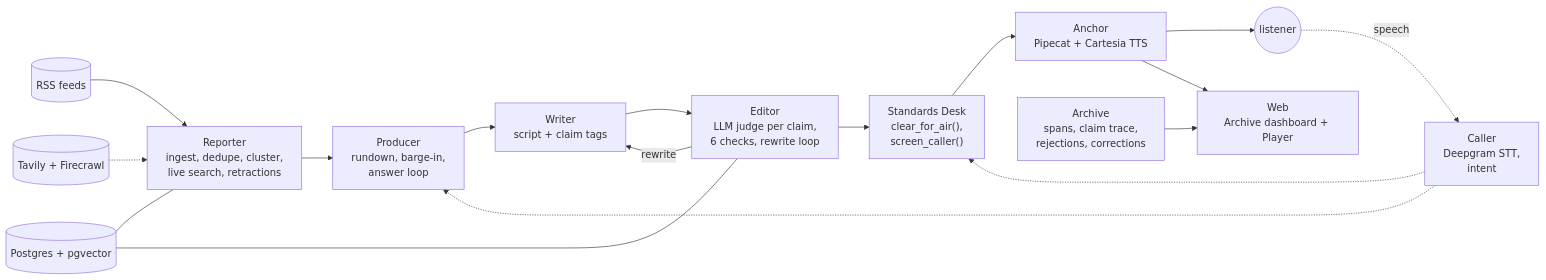
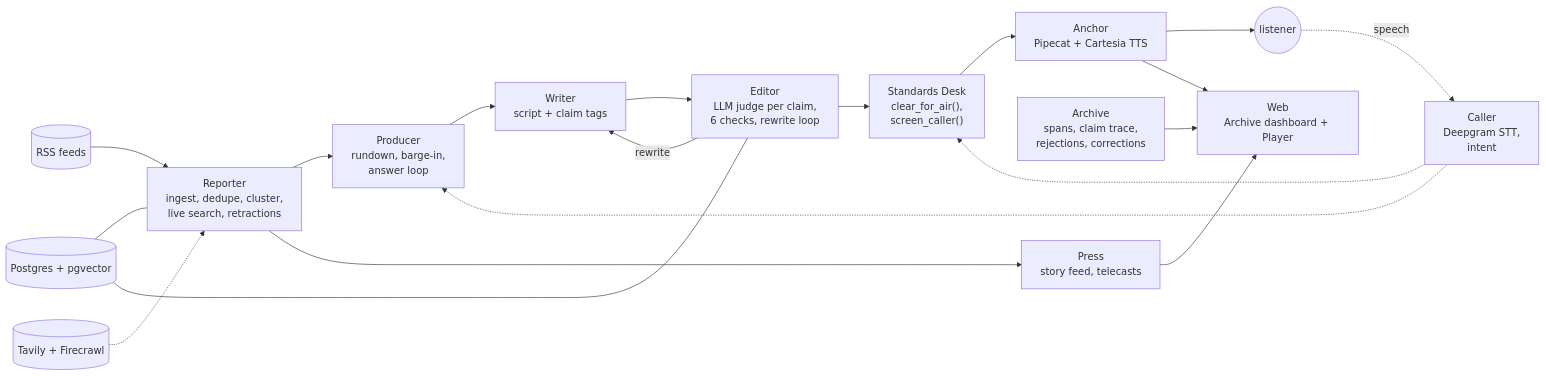
Before and after one commit to Yadnu/newsroom: the diagram in README.md, drawn with Mermaid. The commit also changed other lines of this file and 18 other files, not shown here.

````diff
--- a/README.md
+++ b/README.md
@@ -23,19 +24,21 @@
 ```mermaid
 flowchart LR
   feeds[(RSS feeds)] --> reporter
   search[(Tavily + Firecrawl)] -.-> reporter
   reporter["Reporter<br/>ingest, dedupe, cluster,<br/>live search, retractions"] --> producer
   producer["Producer<br/>rundown, barge-in,<br/>answer loop"] --> writer
   writer["Writer<br/>script + claim tags"] --> editor
   editor["Editor<br/>LLM judge per claim,<br/>6 checks, rewrite loop"] -- rewrite --> writer
   editor --> desk["Standards Desk<br/>clear_for_air(),<br/>screen_caller()"]
   desk --> anchor["Anchor<br/>Pipecat + Cartesia TTS"]
   anchor --> listener((listener))
   listener -. speech .-> caller["Caller<br/>Deepgram STT,<br/>intent"]
   caller -.-> desk
   caller -.-> producer
   db[(Postgres + pgvector)] --- reporter
   db --- editor
   archive["Archive<br/>spans, claim trace,<br/>rejections, corrections"] --> web["Web<br/>Archive dashboard + Player"]
   anchor --> web
+  reporter --> press["Press<br/>story feed, telecasts"]
+  press --> web
 ```
````
